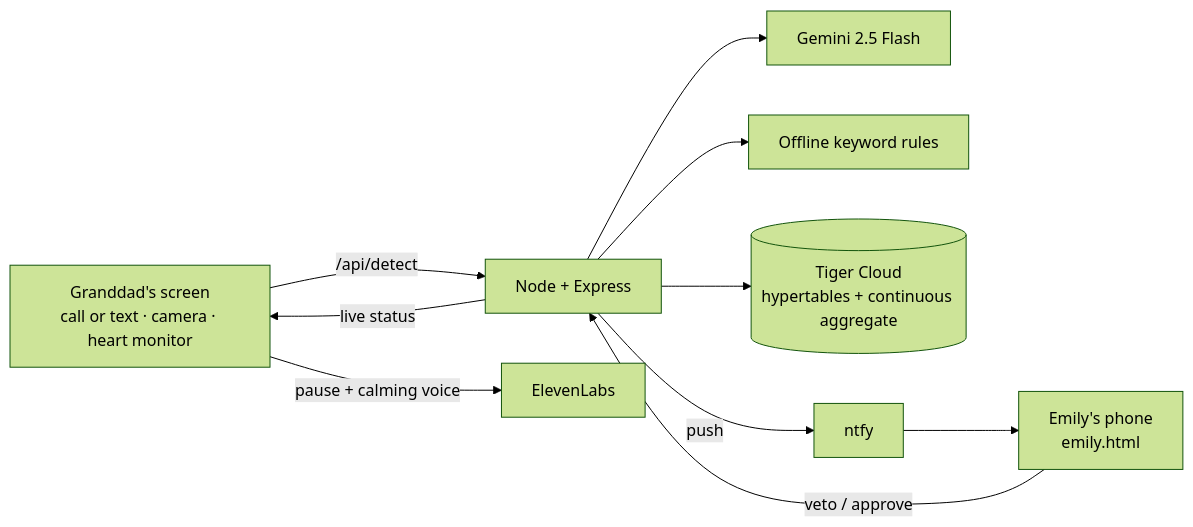
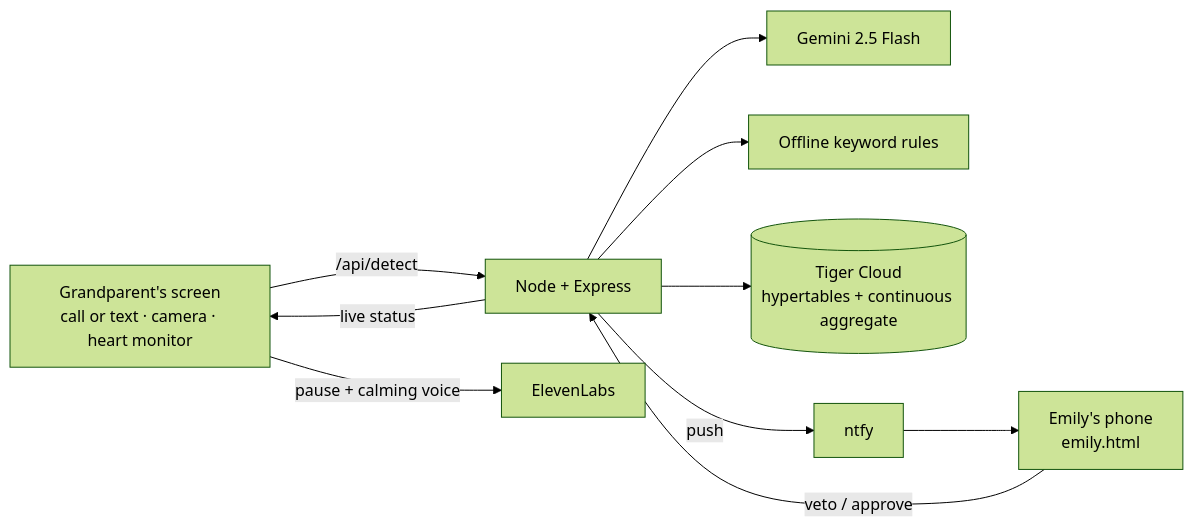
The diagram in README.md (Holton-S/swivel-sentio), drawn with Mermaid (forest theme) before and after one commit. The commit also changed other lines of this file and 7 other files, not shown here.

First line of the commit message:
Gender-neutral wording: Grandparent instead of Granddad

````diff
--- a/README.md
+++ b/README.md
@@ -144,12 +144,12 @@
 ```mermaid
 flowchart LR
-  G["Granddad's screen<br/>call or text · camera · heart monitor"] -->|/api/detect| S[Node + Express]
+  G["Grandparent's screen<br/>call or text · camera · heart monitor"] -->|/api/detect| S[Node + Express]
   S --> GM[Gemini 2.5 Flash]
   S --> KW[Offline keyword rules]
   S --> TD[(Tiger Cloud<br/>hypertables + continuous aggregate)]
   G -->|pause + calming voice| EL[ElevenLabs]
   S -->|push| N[ntfy]
   N --> E["Emily's phone<br/>emily.html"]
   E -->|veto / approve| S
   S -->|live status| G
 ```
````
